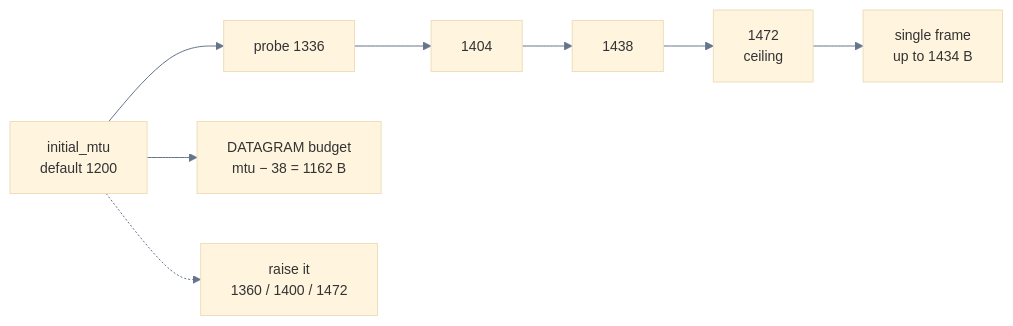
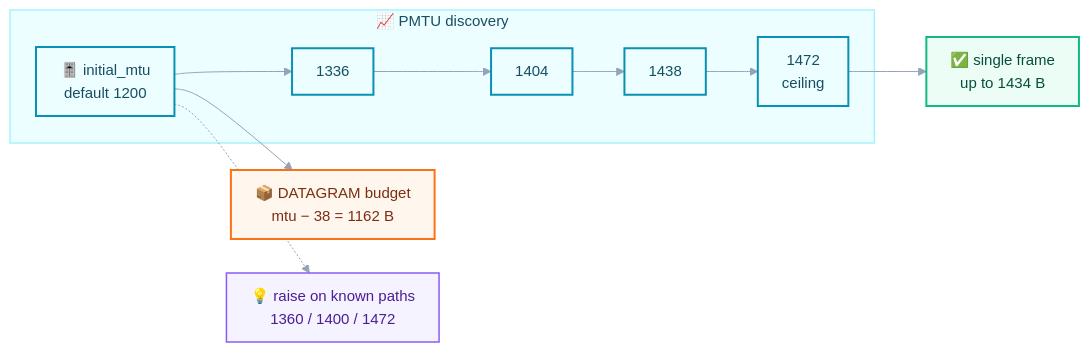
Before and after one commit to Terutoki/MyQUIC2: diagram 24 of 25 in README.md, drawn with Mermaid. The commit also changed other lines of this file, not shown here.

First line of the commit message:
docs(readme): redraw the Mermaid atlas with a polished visual system

````diff
--- a/README.md
+++ b/README.md
@@ -919,11 +1085,27 @@
 ```mermaid
-%%{init: {"theme":"base","themeVariables":{"fontSize":"14px","lineColor":"#64748b"}}}%%
+%%{init: {"theme":"base","themeVariables":{"fontSize":"15px","primaryColor":"#eef2ff","primaryTextColor":"#0f172a","primaryBorderColor":"#6366f1","lineColor":"#94a3b8","secondaryColor":"#ecfeff","tertiaryColor":"#fff7ed","edgeLabelBackground":"#ffffff","clusterBkg":"#f8fafc","clusterBorder":"#e2e8f0","mainBkg":"#ffffff","noteBkgColor":"#eff6ff","noteBorderColor":"#93c5fd","noteTextColor":"#1e3a8a"},"flowchart":{"curve":"basis","nodeSpacing":34,"rankSpacing":52,"padding":12,"htmlLabels":true}} }%%
 flowchart LR
-I["initial_mtu<br/>default 1200"] --> P1["probe 1336"]
-    P1 --> P2["1404"]
-    P2 --> P3["1438"]
-    P3 --> P4["1472<br/>ceiling"]
-    I --> B["DATAGRAM budget<br/>mtu − 38 = 1162 B"]
-    P4 --> W["single frame<br/>up to 1434 B"]
-    I -.-> R["raise it<br/>1360 / 1400 / 1472"]
+subgraph RAMP["📈 PMTU discovery"]
+        I["🎚️ initial_mtu<br/>default 1200"] --> P1["1336"]
+        P1 --> P2["1404"]
+        P2 --> P3["1438"]
+        P3 --> P4["1472<br/>ceiling"]
+    end
+    I --> B["📦 DATAGRAM budget<br/>mtu − 38 = 1162 B"]
+    P4 --> W["✅ single frame<br/>up to 1434 B"]
+    I -.-> R["💡 raise on known paths<br/>1360 / 1400 / 1472"]
+    class I,P1,P2,P3,P4 wireC
+    class B warmC
+    class W clientC
+    class R noteC
+    style RAMP fill:#ecfeff,stroke:#a5f3fc,stroke-width:1.5px,color:#164e63
+
+    classDef clientC fill:#ecfdf5,stroke:#10b981,stroke-width:2px,color:#064e3b
+    classDef coreC fill:#eef2ff,stroke:#6366f1,stroke-width:2px,color:#1e1b4b
+    classDef wireC fill:#ecfeff,stroke:#0891b2,stroke-width:2px,color:#164e63
+    classDef warmC fill:#fff7ed,stroke:#f97316,stroke-width:2px,color:#7c2d12
+    classDef dangerC fill:#fff1f2,stroke:#e11d48,stroke-width:2px,color:#881337
+    classDef muteC fill:#f8fafc,stroke:#cbd5e1,color:#475569
+    classDef noteC fill:#f5f3ff,stroke:#8b5cf6,stroke-width:1.5px,color:#4c1d95
+    classDef decisionC fill:#fef3c7,stroke:#d97706,stroke-width:2px,color:#78350f
 ```
````
